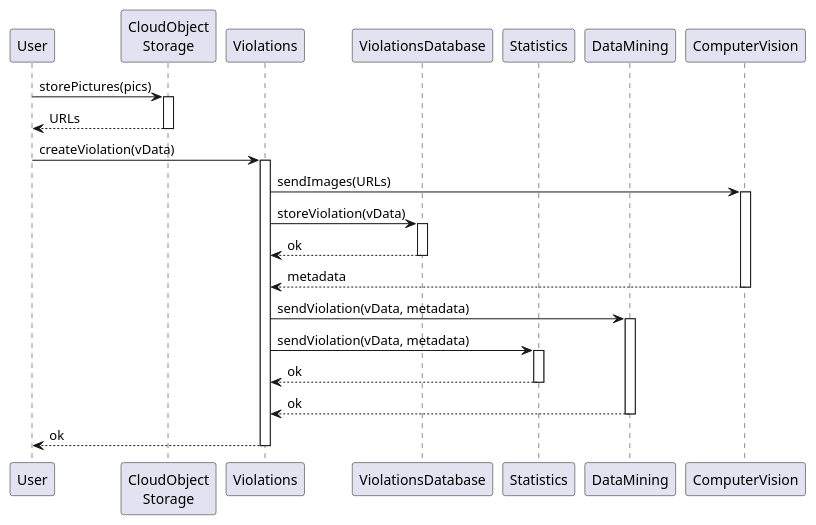
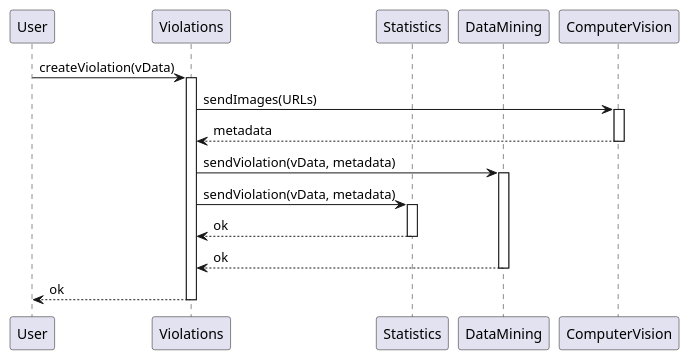
One commit to GiorgioUghini/SafeStreets changed the second of 5 diagrams in DD/materials/sequenceDiagrams/diagrams.wsd. Above: the diagram before and after it, drawn with PlantUML. The commit also changed other lines of this file and 5 other files, not shown here.

Commit message:
Add more sequence diagrams and texts

```diff
--- a/DD/materials/sequenceDiagrams/diagrams.wsd
+++ b/DD/materials/sequenceDiagrams/diagrams.wsd
@@ -17,23 +17,17 @@
 @startuml CreateViolation
     participant User as U
-    participant "CloudObject\nStorage" as COS
     participant Violations as V
-    participant ViolationsDatabase as VD
     participant Statistics as S
     participant DataMining as DM
     participant ComputerVision as CV
     autoactivate on
 
-    U -> COS: storePictures(pics)
-    return URLs
     U -> V: createViolation(vData)
     V -> CV: sendImages(URLs)
-    V -> VD: storeViolation(vData)
-    return ok
     return metadata
     V -> DM: sendViolation(vData, metadata)
     V -> S: sendViolation(vData, metadata)
     return ok
     return ok
     return ok
 @enduml
```
